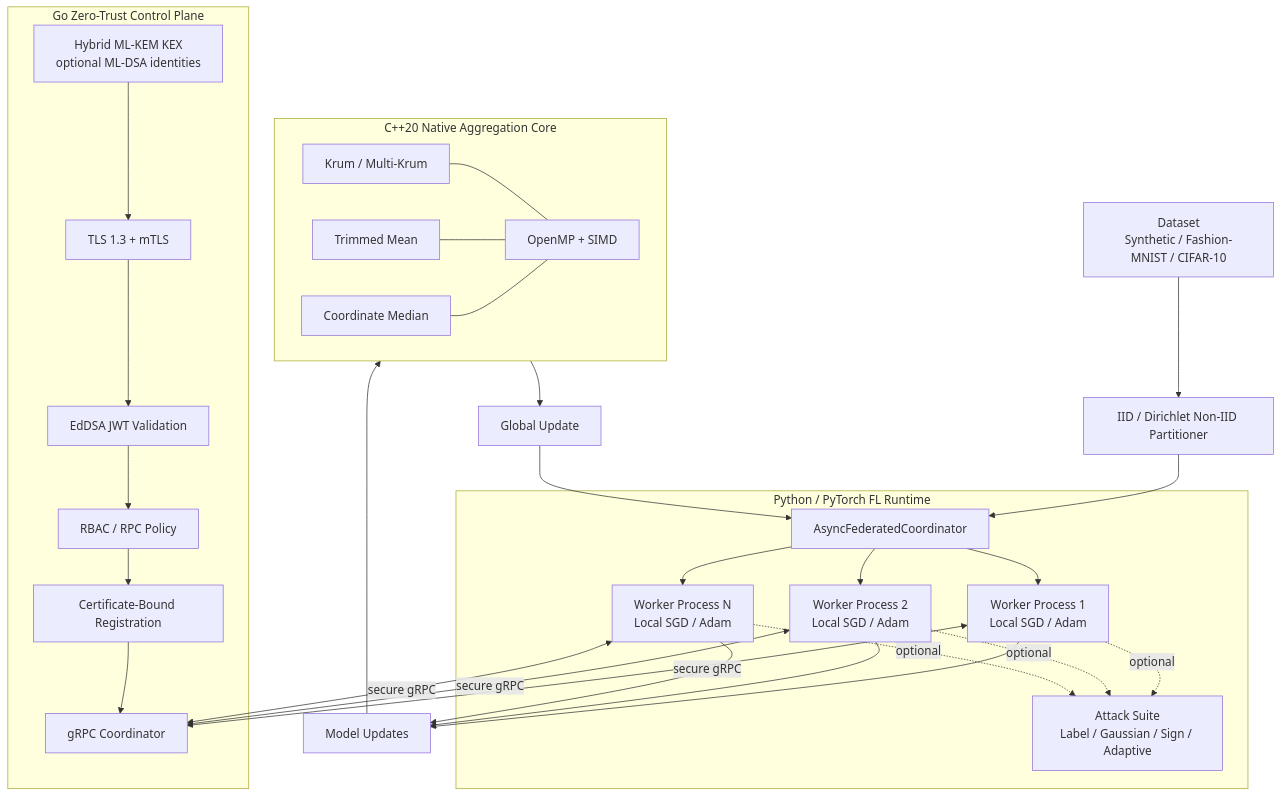
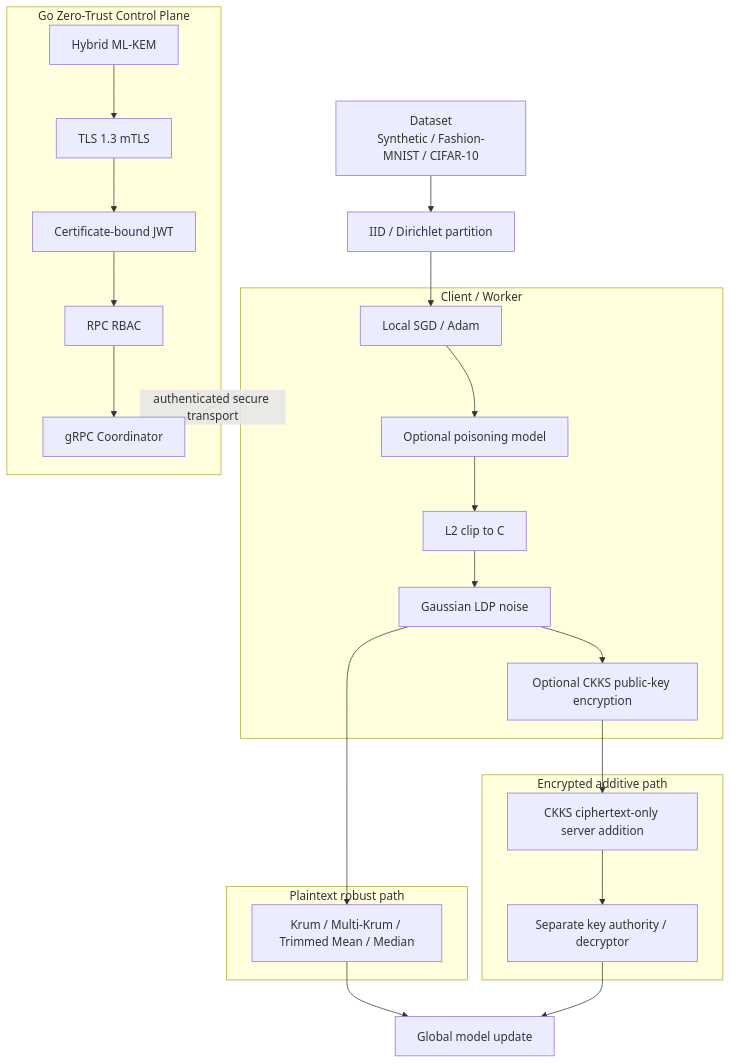
Before and after one commit to smshagor-dev/ZeroTrust-FL-Sim: the diagram in README.md, drawn with Mermaid. The commit also changed other lines of this file, not shown here.

Commit message:
docs: add privacy architecture and calculations

````diff
--- a/README.md
+++ b/README.md
@@ -54,53 +61,37 @@
 ```mermaid
 flowchart TD
-    D["Dataset<br/>Synthetic / Fashion-MNIST / CIFAR-10"]
-    P["IID / Dirichlet Non-IID Partitioner"]
-    D --> P
+    D["Dataset<br/>Synthetic / Fashion-MNIST / CIFAR-10"] --> P["IID / Dirichlet partition"]
 
-    subgraph Runtime["Python / PyTorch FL Runtime"]
-        C["AsyncFederatedCoordinator"]
-        W1["Worker Process 1<br/>Local SGD / Adam"]
-        W2["Worker Process 2<br/>Local SGD / Adam"]
-        WN["Worker Process N<br/>Local SGD / Adam"]
-        AT["Attack Suite<br/>Label / Gaussian / Sign / Adaptive"]
-        C --> W1
-        C --> W2
-        C --> WN
-        W1 -. optional .-> AT
-        W2 -. optional .-> AT
-        WN -. optional .-> AT
+    subgraph Client["Client / Worker"]
+        T["Local SGD / Adam"] --> A["Optional poisoning model"]
+        A --> C["L2 clip to C"]
+        C --> N["Gaussian LDP noise"]
+        N --> E["Optional CKKS public-key encryption"]
     end
 
-    P --> C
-    W1 --> U["Model Updates"]
-    W2 --> U
-    WN --> U
+    P --> T
 
-    subgraph Native["C++20 Native Aggregation Core"]
-        K["Krum / Multi-Krum"]
-        T["Trimmed Mean"]
-        M["Coordinate Median"]
-        O["OpenMP + SIMD"]
-        K --- O
-        T --- O
-        M --- O
+    subgraph Plain["Plaintext robust path"]
+        R["Krum / Multi-Krum / Trimmed Mean / Median"]
     end
 
-    U --> Native
-    Native --> G["Global Update"]
-    G --> C
+    subgraph FHE["Encrypted additive path"]
+        S["CKKS ciphertext-only server addition"]
+        K["Separate key authority / decryptor"]
+        S --> K
+    end
+
+    N --> R
+    E --> S
+    R --> G["Global model update"]
+    K --> G
 
     subgraph Control["Go Zero-Trust Control Plane"]
-        PQ["Hybrid ML-KEM KEX<br/>optional ML-DSA identities"]
-        TLS["TLS 1.3 + mTLS"]
-        JWT["EdDSA JWT Validation"]
-        RBAC["RBAC / RPC Policy"]
-        REG["Certificate-Bound Registration"]
-        GRPC["gRPC Coordinator"]
-        PQ --> TLS --> JWT --> RBAC --> REG --> GRPC
+        PQ["Hybrid ML-KEM"] --> TLS["TLS 1.3 mTLS"]
+        TLS --> JWT["Certificate-bound JWT"]
+        JWT --> RBAC["RPC RBAC"]
+        RBAC --> GRPC["gRPC Coordinator"]
     end
 
-    W1 <-->|"secure gRPC"| GRPC
-    W2 <-->|"secure gRPC"| GRPC
-    WN <-->|"secure gRPC"| GRPC
+    Client <-->|"authenticated secure transport"| GRPC
 ```
````
